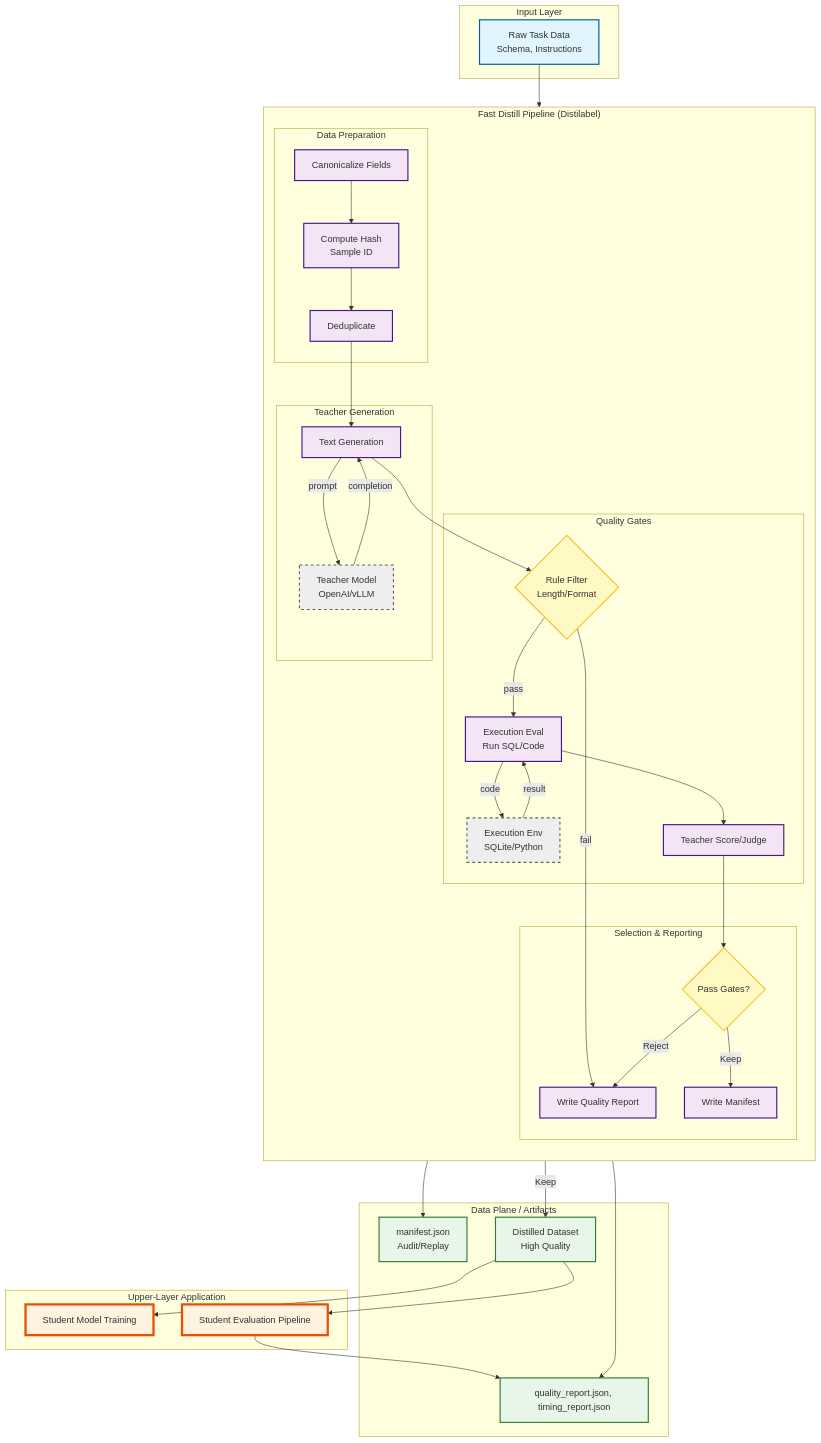
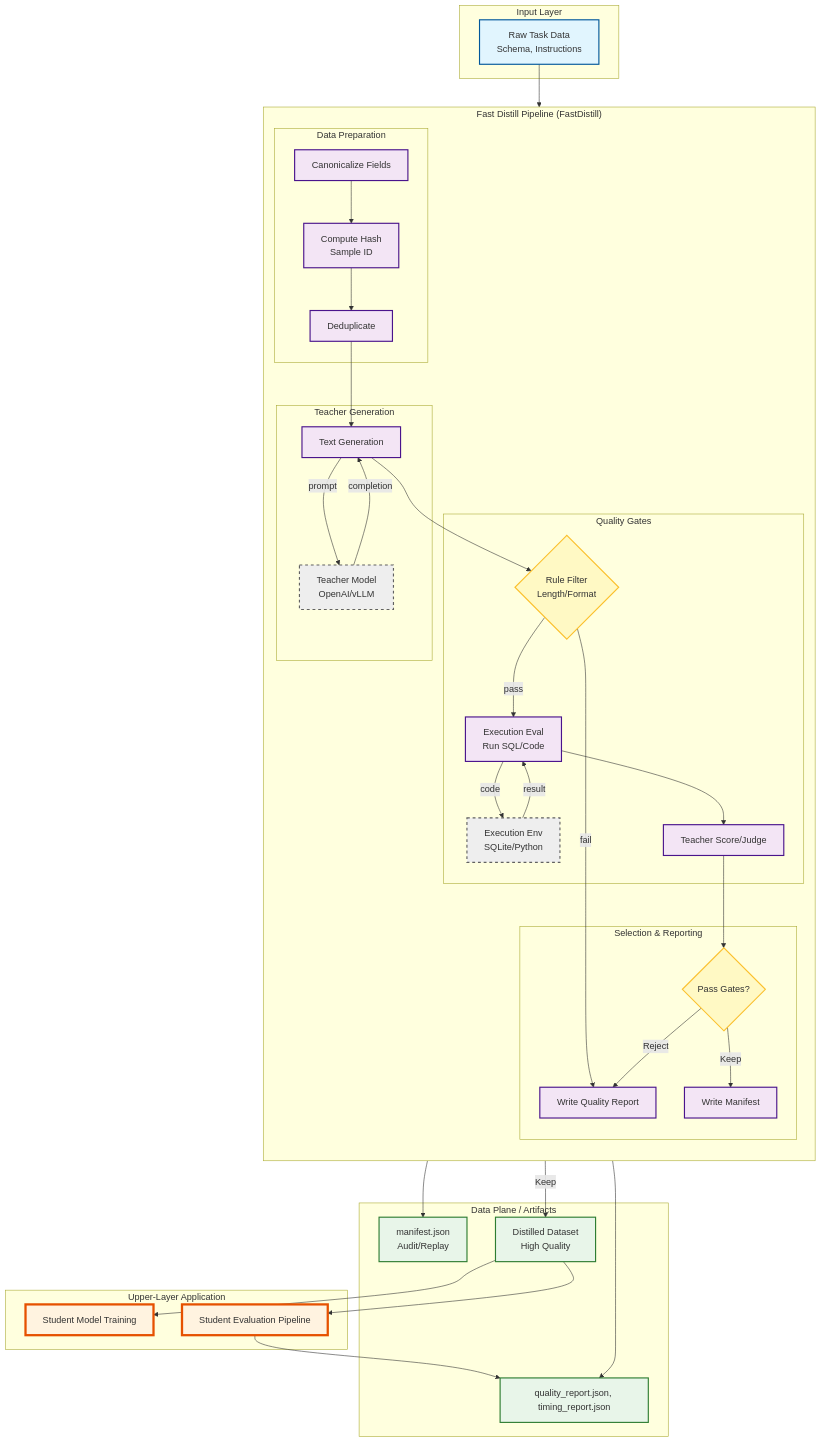
One commit to ai-clarify/fast-distill changed the first of 2 diagrams in docs/sections/fastdistill/architecture.md. Above: the diagram before and after it, drawn with Mermaid. The commit also changed other lines of this file and 740 other files, not shown here.

```diff
--- a/docs/sections/fastdistill/architecture.md
+++ b/docs/sections/fastdistill/architecture.md
@@ -20,7 +20,7 @@
         RawData[Raw Task Data<br/>Schema, Instructions]:::data
     end
 
-    subgraph FastDistillPipeline ["Fast Distill Pipeline (Distilabel)"]
+    subgraph FastDistillPipeline ["Fast Distill Pipeline (FastDistill)"]
         direction TB
         
         %% Data Prep Phase
```
